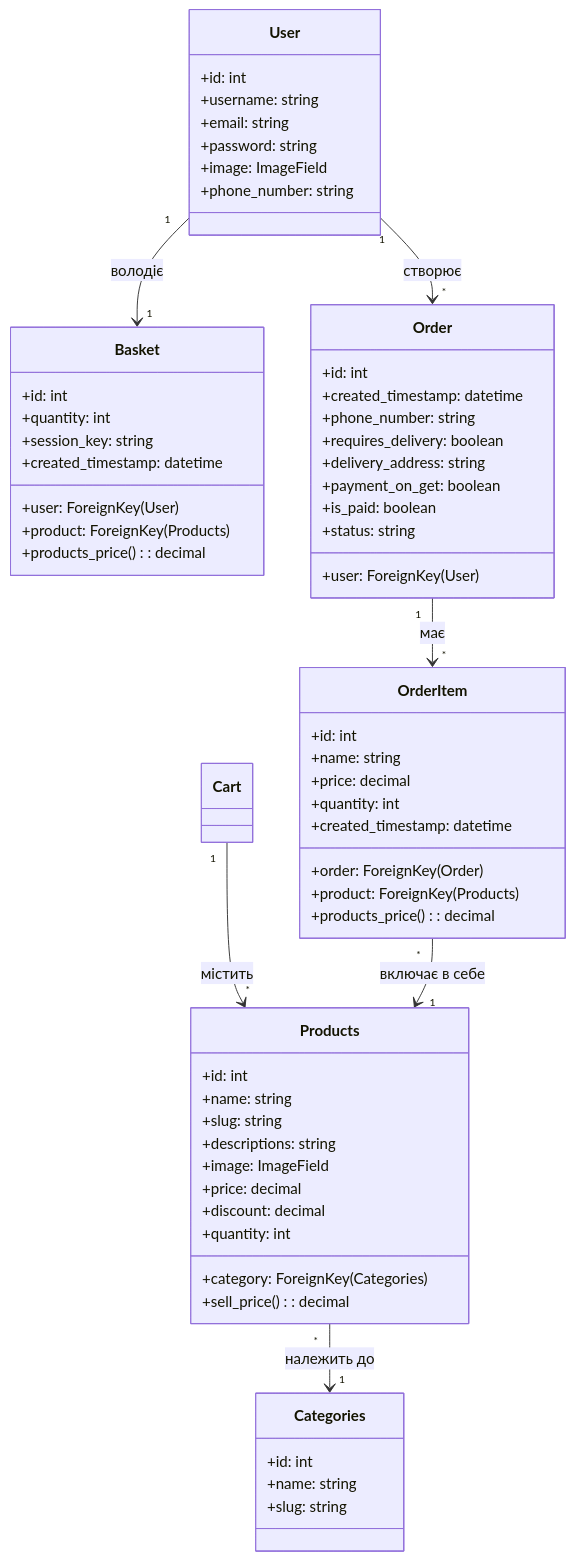
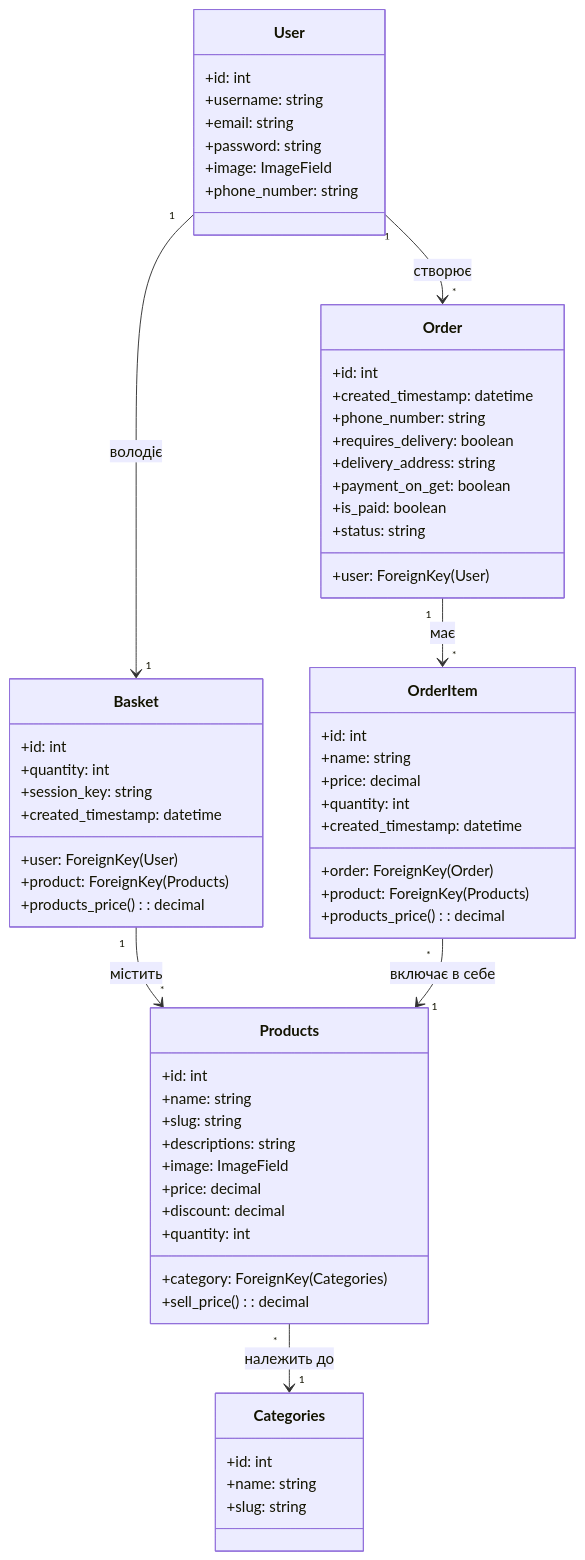
Before and after one commit to Tarasgr7/coursework_main: the diagram in README.md, drawn with Mermaid.

````diff
--- a/README.md
+++ b/README.md
@@ -1,72 +1,72 @@
 ```mermaid
 classDiagram
     %% Classes and Attributes
     class User {
         +id: int
         +username: string
         +email: string
         +password: string
         +image: ImageField
         +phone_number: string
     }
 
     class Products {
         +id: int
         +name: string
         +slug: string
         +descriptions: string
         +image: ImageField
         +price: decimal
         +discount: decimal
         +quantity: int
         +category: ForeignKey(Categories)
         +sell_price(): decimal
     }
 
     class Categories {
         +id: int
         +name: string
         +slug: string
     }
 
     class Basket {
         +id: int
         +user: ForeignKey(User)
         +product: ForeignKey(Products)
         +quantity: int
         +session_key: string
         +created_timestamp: datetime
         +products_price(): decimal
     }
 
     class Order {
         +id: int
         +user: ForeignKey(User)
         +created_timestamp: datetime
         +phone_number: string
         +requires_delivery: boolean
         +delivery_address: string
         +payment_on_get: boolean
         +is_paid: boolean
         +status: string
     }
 
     class OrderItem {
         +id: int
         +order: ForeignKey(Order)
         +product: ForeignKey(Products)
         +name: string
         +price: decimal
         +quantity: int
         +created_timestamp: datetime
         +products_price(): decimal
     }
 
     %% Relationships
     User "1" --> "*" Order : створює
     User "1" --> "1" Basket : володіє
-    Cart "1" --> "*" Products : містить
+    Basket "1" --> "*" Products : містить
     Order "1" --> "*" OrderItem : має
     OrderItem "*" --> "1" Products : включає в себе
     Products "*" --> "1" Categories : належить до
 ```
````
